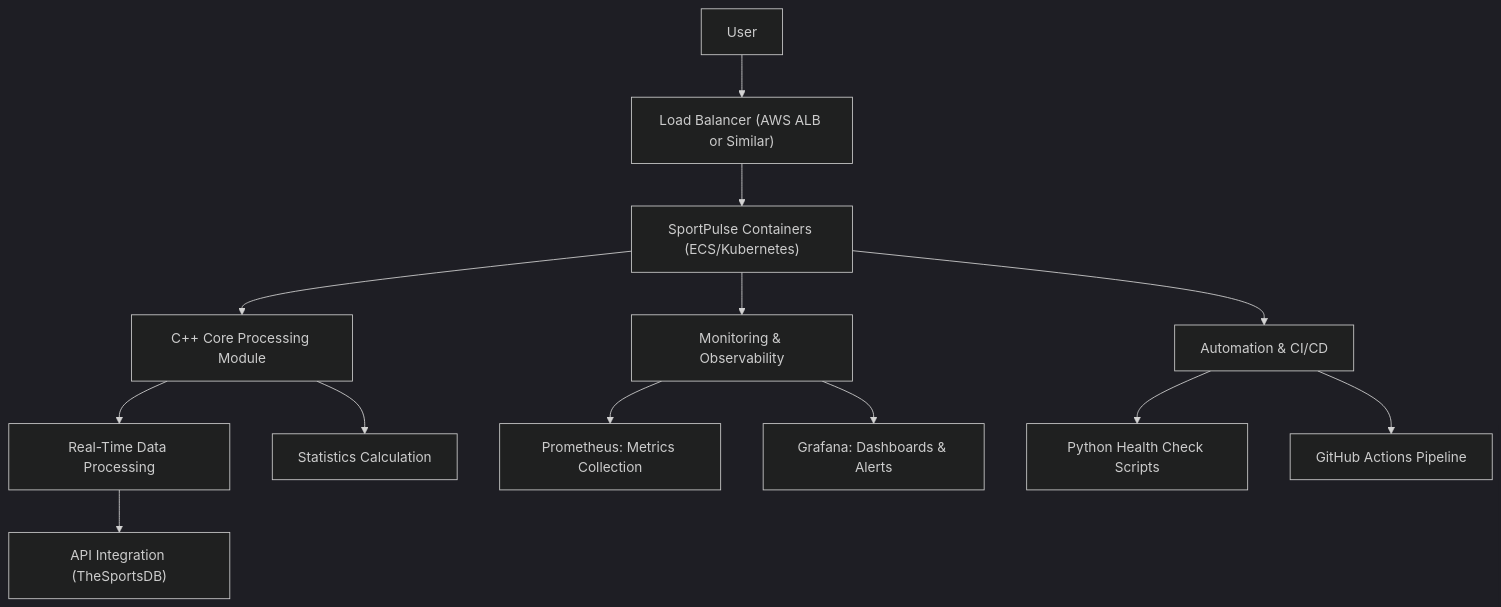
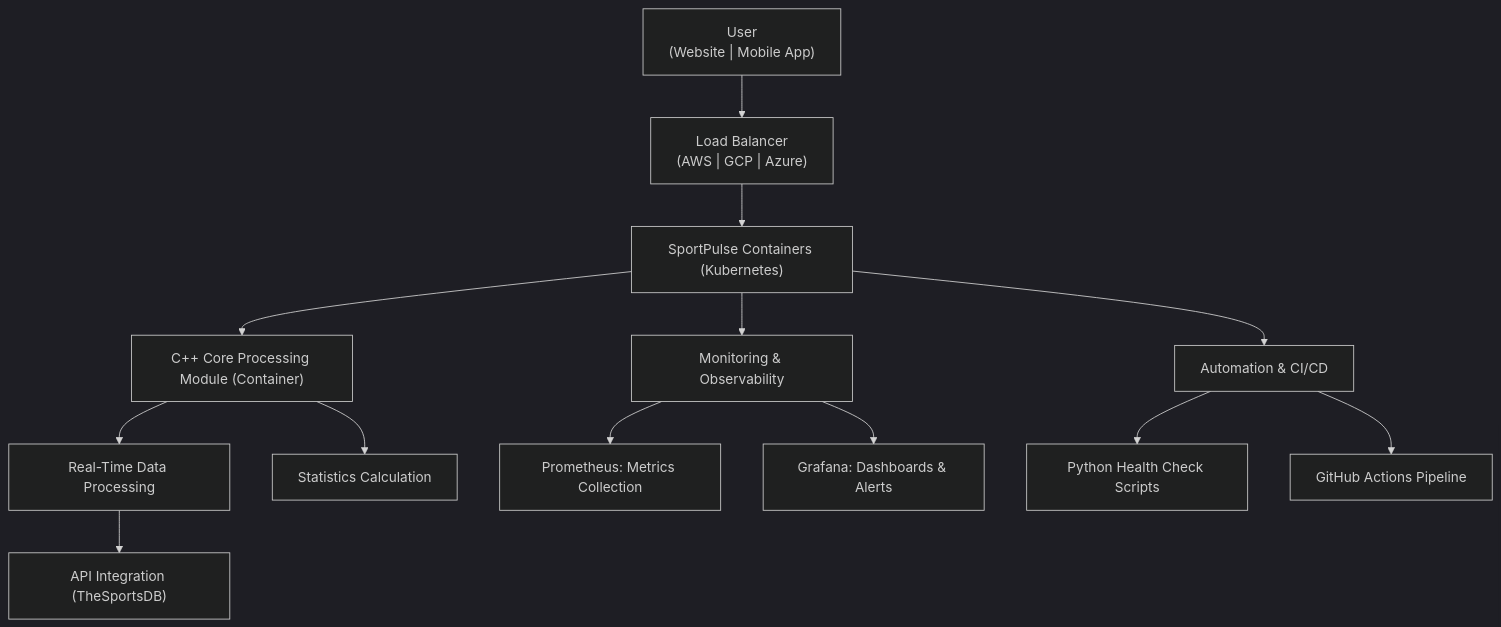
The first of 2 diagrams in README.md (dionisioedu/SportPulse), drawn with Mermaid (dark theme) before and after one commit. The commit also changed other lines of this file, not shown here.

````diff
--- a/README.md
+++ b/README.md
@@ -68,15 +70,15 @@
 ```mermaid
 graph TD;
-    A["User"] --> B["Load Balancer (AWS ALB or Similar)"];
-    B --> C["SportPulse Containers (ECS/Kubernetes)"];
-    C --> D["C++ Core Processing Module"];
+    A["User<br>(Website | Mobile App)"] --> B["Load Balancer<br>(AWS | GCP | Azure)"];
+    B --> C["SportPulse Containers (Kubernetes)"];
+    C --> D["C++ Core Processing Module (Container)"];
     D --> E["Real-Time Data Processing"];
     D --> F["Statistics Calculation"];
     E --> G["API Integration (TheSportsDB)"];
     C --> H["Monitoring & Observability"];
     H --> I["Prometheus: Metrics Collection"];
     H --> J["Grafana: Dashboards & Alerts"];
     C --> K["Automation & CI/CD"];
     K --> L["Python Health Check Scripts"];
     K --> M["GitHub Actions Pipeline"];
 ```
````
